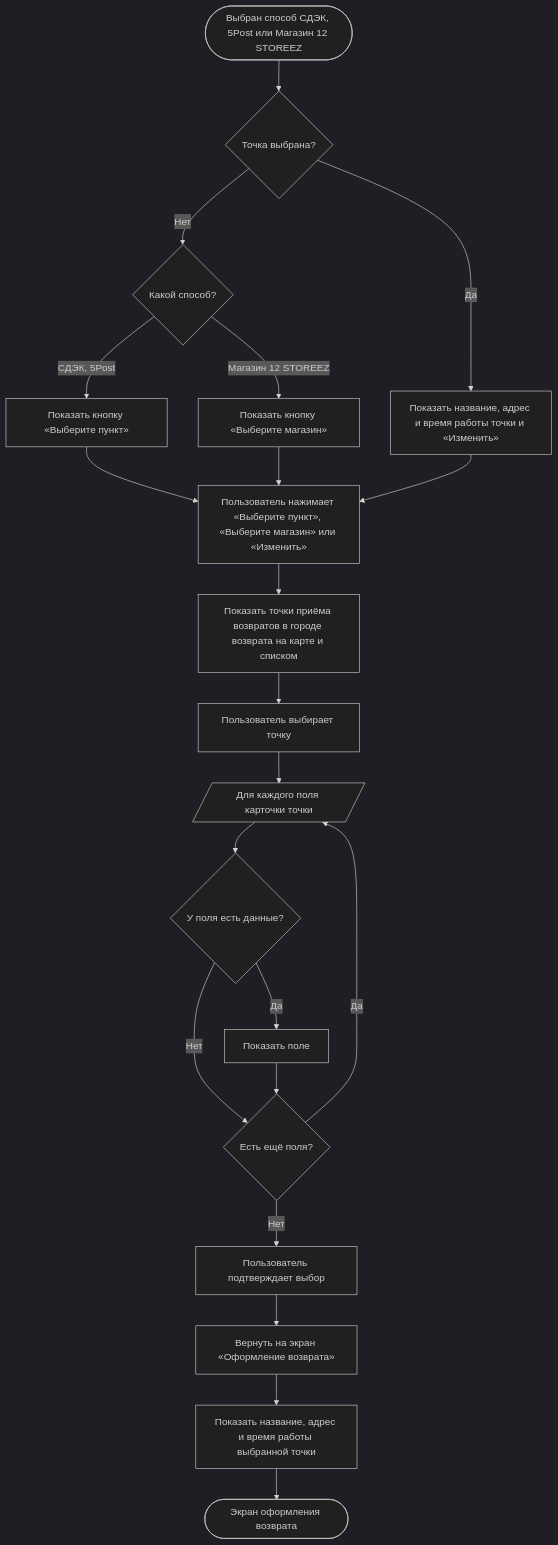
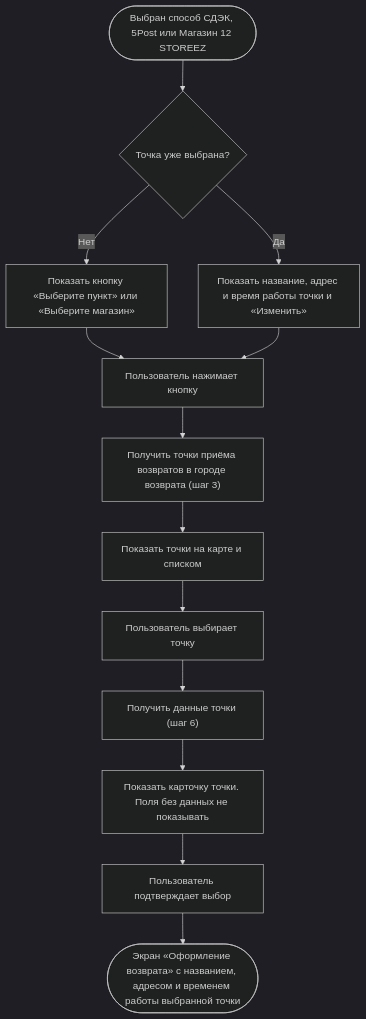
One commit to Terinss155/opencode-agents-analysis changed diagram 12 of 21 in projects/returns-2.0/requirements/srs/srs-mobile-mvp.md. Above: the diagram before and after it, drawn with Mermaid (dark theme). The commit also changed other lines of this file and 6 other files, not shown here.

````diff
--- a/projects/returns-2.0/requirements/srs/srs-mobile-mvp.md
+++ b/projects/returns-2.0/requirements/srs/srs-mobile-mvp.md
@@ -808,23 +844,15 @@
 ```mermaid
 flowchart TD
-    S([Выбран способ СДЭК, 5Post или Магазин 12 STOREEZ]) --> A{"Точка выбрана?"}
-    A -->|Нет| A1{"Какой способ?"}
-    A1 -->|СДЭК, 5Post| A2["Показать кнопку «Выберите пункт»"]
-    A1 -->|Магазин 12 STOREEZ| A3["Показать кнопку «Выберите магазин»"]
-    A -->|Да| A4["Показать название, адрес и время работы точки и «Изменить»"]
-    A2 --> B["Пользователь нажимает «Выберите пункт», «Выберите магазин» или «Изменить»"]
-    A3 --> B
-    A4 --> B
-    B --> D["Показать точки приёма возвратов в городе возврата на карте и списком"]
+    S([Выбран способ СДЭК, 5Post или Магазин 12 STOREEZ]) --> A{"Точка уже выбрана?"}
+    A -->|Нет| A1["Показать кнопку «Выберите пункт» или «Выберите магазин»"]
+    A -->|Да| A2["Показать название, адрес и время работы точки и «Изменить»"]
+    A1 --> B["Пользователь нажимает кнопку"]
+    A2 --> B
+    B --> C["Получить точки приёма возвратов в городе возврата (шаг 3)"]
+    C --> D["Показать точки на карте и списком"]
     D --> E["Пользователь выбирает точку"]
-    E --> P[/"Для каждого поля карточки точки"/]
-    P --> G1{"У поля есть данные?"}
-    G1 -->|Да| G2["Показать поле"]
-    G1 -->|Нет| G3
-    G2 --> G3{"Есть ещё поля?"}
-    G3 -->|Да| P
-    G3 -->|Нет| H["Пользователь подтверждает выбор"]
-    H --> I["Вернуть на экран «Оформление возврата»"]
-    I --> I1["Показать название, адрес и время работы выбранной точки"]
-    I1 --> Z([Экран оформления возврата])
+    E --> F["Получить данные точки (шаг 6)"]
+    F --> G["Показать карточку точки. Поля без данных не показывать"]
+    G --> H["Пользователь подтверждает выбор"]
+    H --> Z([Экран «Оформление возврата» с названием, адресом и временем работы выбранной точки])
 ```
````
